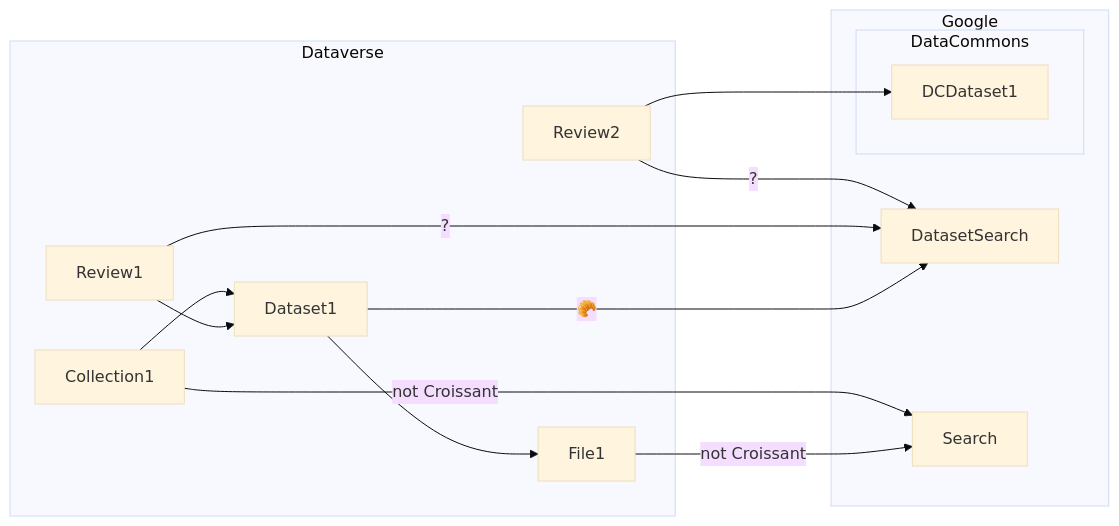
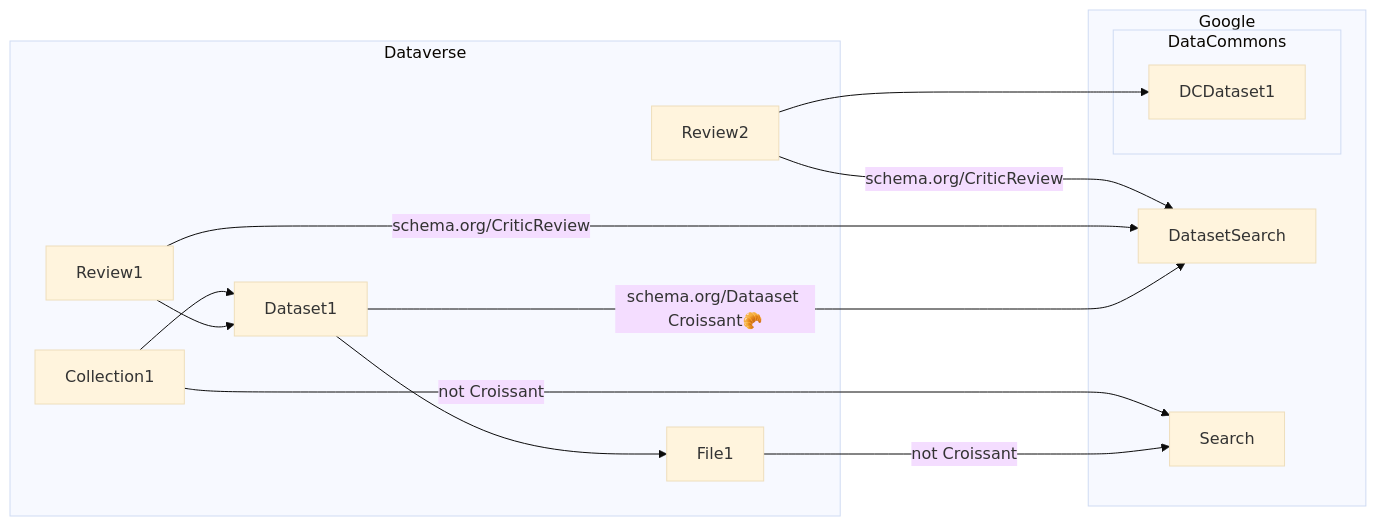
One commit to IQSS/dataverse-pm changed the diagram in 425-trusted-data/diagram.md. Above: the diagram before and after it, drawn with Mermaid (base theme).

Commit message:
update diagram

````diff
--- a/425-trusted-data/diagram.md
+++ b/425-trusted-data/diagram.md
@@ -1,22 +1,22 @@
 ```mermaid
 flowchart LR
 subgraph Google
 subgraph DataCommons
 DCDataset1
 end
 DatasetSearch
 Search
 end
 
 subgraph Dataverse
 Collection1 --> Dataset1 
 Collection1 -- not Croissant --> Search
 Review2 --> DCDataset1
-Review2 -- ? --> DatasetSearch
+Review2 -- schema.org/CriticReview --> DatasetSearch
 Dataset1 --> File1
 File1 -- not Croissant --> Search
 Review1 --> Dataset1 
-Review1 -- ? --> DatasetSearch
-Dataset1 -- 🥐 --> DatasetSearch
+Review1 -- schema.org/CriticReview --> DatasetSearch
+Dataset1 -- schema.org/Dataaset Croissant🥐 --> DatasetSearch
 end
 ```
````
